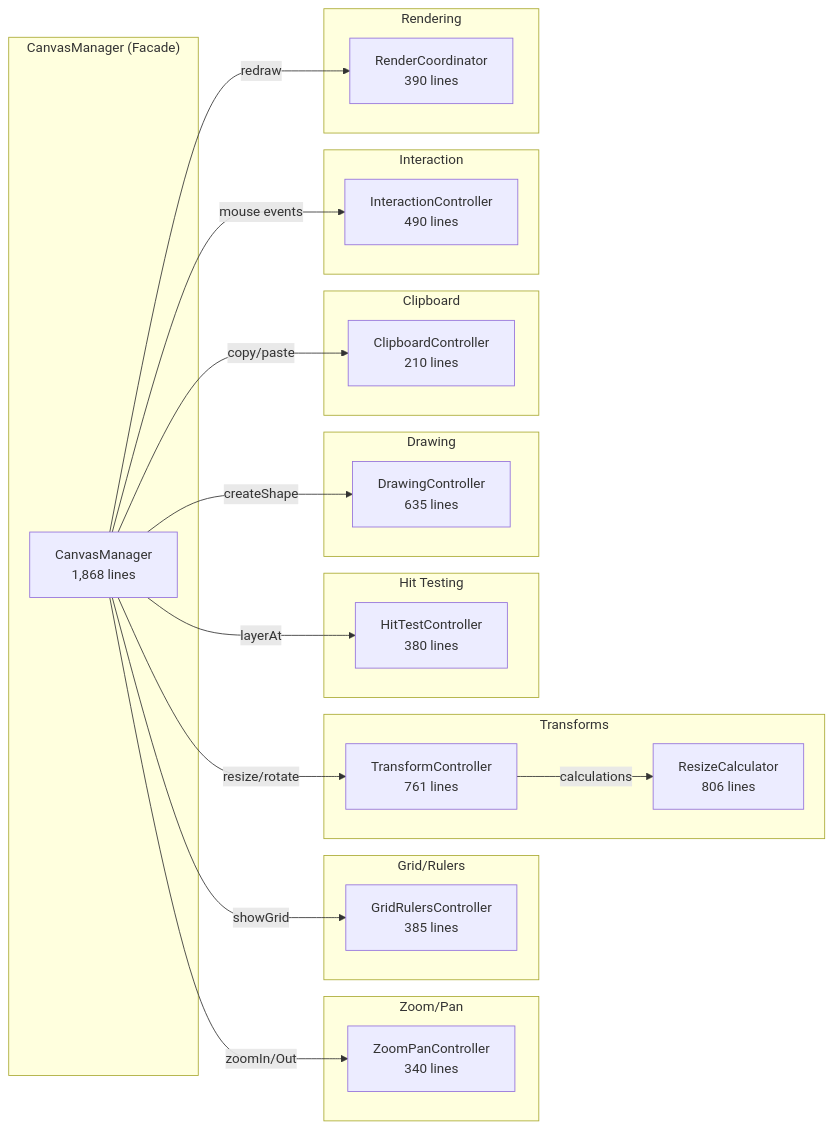
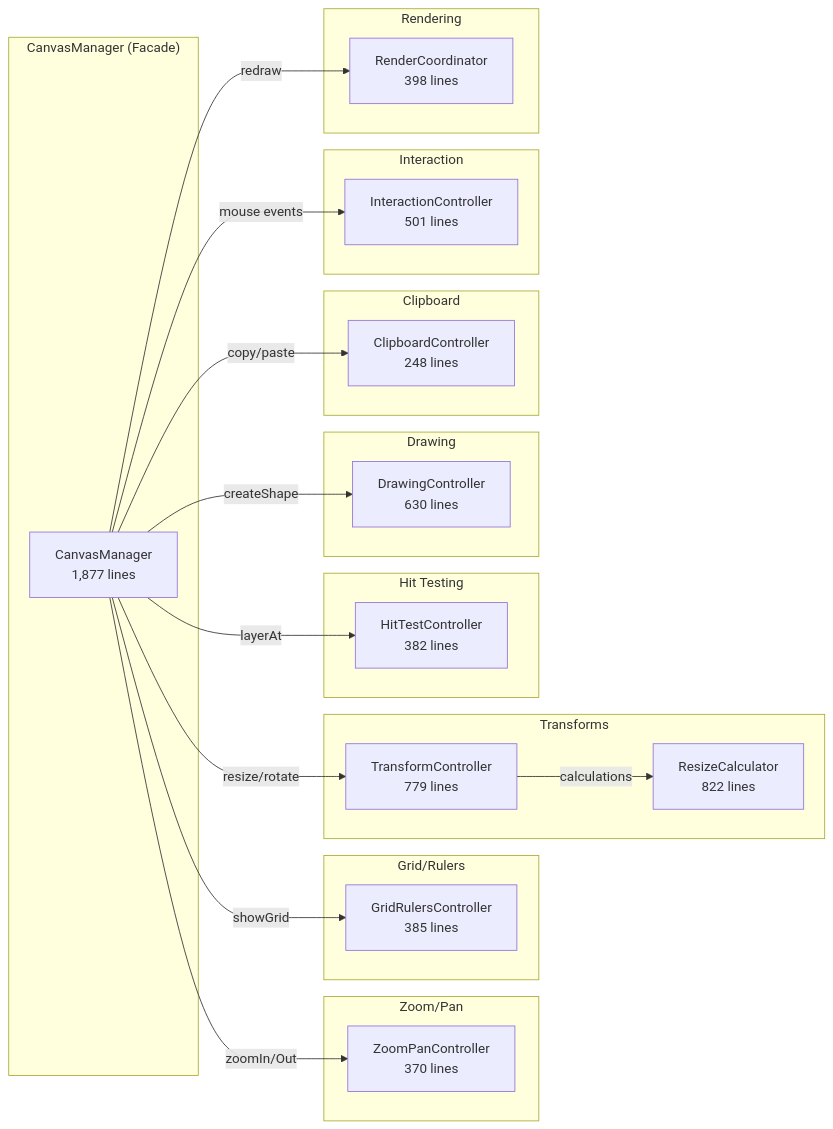
Before and after one commit to slickdexic/Layers: the second of 6 diagrams in docs/ARCHITECTURE.md, drawn with Mermaid. The commit also changed other lines of this file and 28 other files, not shown here.

````diff
--- a/docs/ARCHITECTURE.md
+++ b/docs/ARCHITECTURE.md
@@ -164,49 +166,49 @@
 ```mermaid
 graph LR
     subgraph Facade["CanvasManager (Facade)"]
-        cm["CanvasManager<br/>1,868 lines"]
+        cm["CanvasManager<br/>1,877 lines"]
     end
 
     subgraph Zoom["Zoom/Pan"]
-        zpc["ZoomPanController<br/>340 lines"]
+        zpc["ZoomPanController<br/>370 lines"]
     end
 
     subgraph Grid["Grid/Rulers"]
         grc["GridRulersController<br/>385 lines"]
     end
 
     subgraph Transform["Transforms"]
-        tc["TransformController<br/>761 lines"]
-        rc["ResizeCalculator<br/>806 lines"]
+        tc["TransformController<br/>779 lines"]
+        rc["ResizeCalculator<br/>822 lines"]
     end
 
     subgraph Hit["Hit Testing"]
-        htc["HitTestController<br/>380 lines"]
+        htc["HitTestController<br/>382 lines"]
     end
 
     subgraph Draw["Drawing"]
-        dc["DrawingController<br/>635 lines"]
+        dc["DrawingController<br/>630 lines"]
     end
 
     subgraph Clip["Clipboard"]
-        cc["ClipboardController<br/>210 lines"]
+        cc["ClipboardController<br/>248 lines"]
     end
 
     subgraph Interact["Interaction"]
-        ic["InteractionController<br/>490 lines"]
+        ic["InteractionController<br/>501 lines"]
     end
 
     subgraph Render["Rendering"]
-        rco["RenderCoordinator<br/>390 lines"]
+        rco["RenderCoordinator<br/>398 lines"]
     end
 
     cm -->|zoomIn/Out| zpc
     cm -->|showGrid| grc
     cm -->|resize/rotate| tc
     tc -->|calculations| rc
     cm -->|layerAt| htc
     cm -->|createShape| dc
     cm -->|copy/paste| cc
     cm -->|mouse events| ic
     cm -->|redraw| rco
 ```
````
